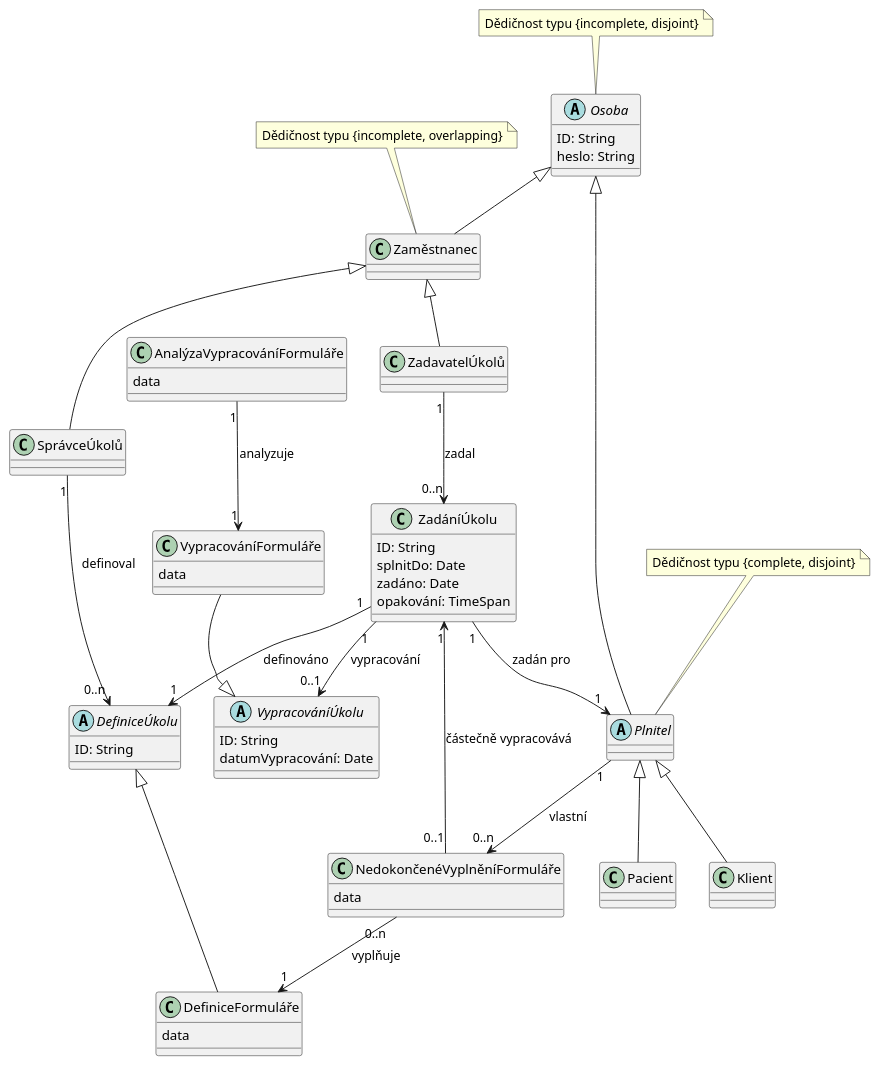
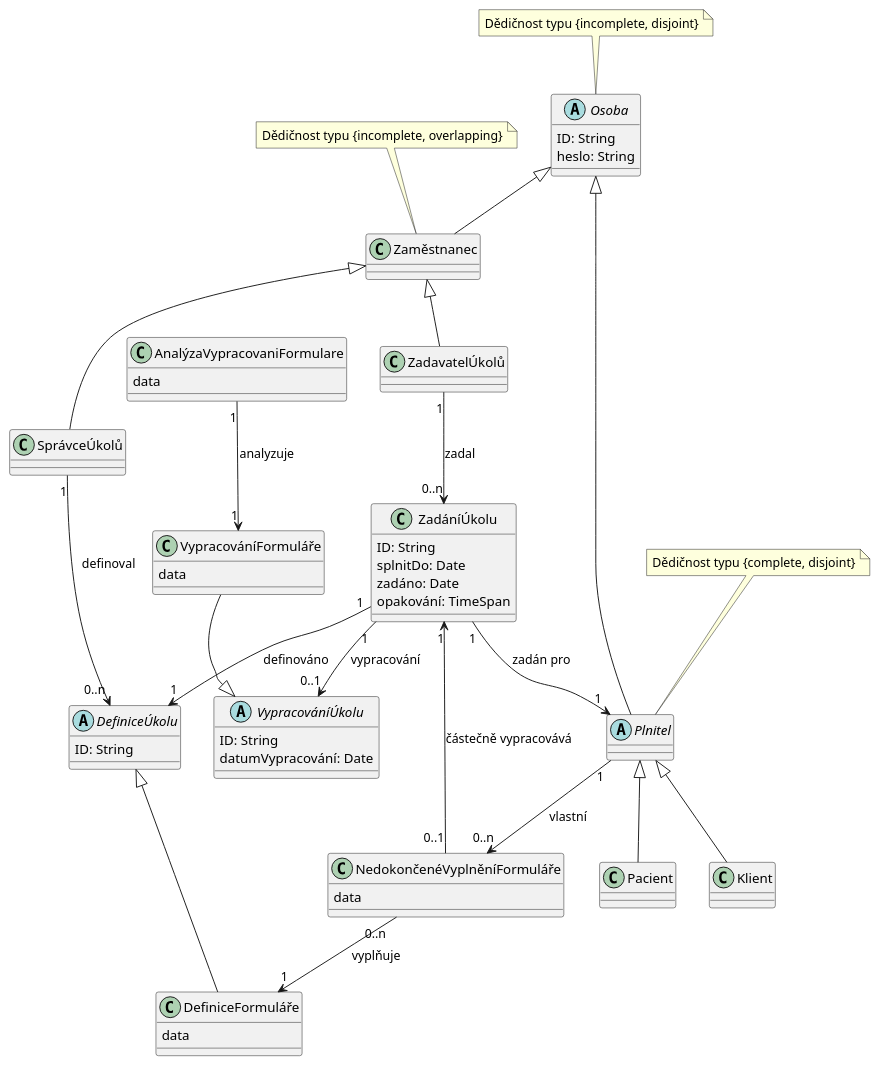
The diagram in src/diagrams/domainModel.puml (PatrikTrefil/bakalarska-prace), drawn with PlantUML before and after one commit.

Commit message:
fix pipeline

```diff
--- a/src/diagrams/domainModel.puml
+++ b/src/diagrams/domainModel.puml
@@ -1,85 +1,85 @@
 @startuml
 abstract class "Osoba" as Osoba {
     ID: String
     heslo: String
 }
 note top of Osoba
     Dědičnost typu {incomplete, disjoint}
 end note
 
 class "Zaměstnanec" as Zamestnanec {
 }
 
 Osoba <|-- Zamestnanec
 
 note top of Zamestnanec
     Dědičnost typu {incomplete, overlapping}
 end note
 
 class "SprávceÚkolů" as SpravceUkolu {
 }
 Zamestnanec <|-- SpravceUkolu
 SpravceUkolu "1" --> "0..n" DefiniceUkolu : definoval
 
 abstract class "Plnitel" as Plnitel {
 }
 Osoba <|-- Plnitel
 note top of Plnitel
     Dědičnost typu {complete, disjoint}
 end note
 
 class "Klient" as Klient {
 }
 Plnitel <|-- Klient
 
 class "Pacient" as Pacient {
 }
 Plnitel <|-- Pacient
 
 abstract class "DefiniceÚkolu" as DefiniceUkolu {
     ID: String
 }
 
 class "DefiniceFormuláře" as DefiniceFormulare {
     data
 }
 DefiniceUkolu <|-- DefiniceFormulare
 
 class "ZadáníÚkolu" as ZadaniUkolu {
     ID: String
     splnitDo: Date
     zadáno: Date
     opakování: TimeSpan
 }
 ZadaniUkolu "1" --> "1" DefiniceUkolu : definováno
 ZadaniUkolu "1" --> "1" Plnitel : zadán pro
 ZadaniUkolu "1" --> "0..1" VypracovaniUkolu : vypracování
 
 abstract class "VypracováníÚkolu" as VypracovaniUkolu {
     ID: String
     datumVypracování: Date
 }
 
-class "VypracováníFormuláře" as VypracováníFormuláře {
+class "VypracováníFormuláře" as VypracovaniFormulare {
     data
 }
-VypracováníFormuláře --|> VypracovaniUkolu
+VypracovaniFormulare --|> VypracovaniUkolu
 
 class "ZadavatelÚkolů" as ZadavatelUkolu {
 }
 Zamestnanec <|-- ZadavatelUkolu
 ZadavatelUkolu "1" --> "0..n" ZadaniUkolu : zadal
 
-class "AnalýzaVypracováníFormuláře" as AnalýzaVypracováníFormuláře {
+class "AnalýzaVypracovaniFormulare" as AnalyzaVypracovaniFormulare {
     data
 }
-AnalýzaVypracováníFormuláře "1" --> "1" VypracováníFormuláře : analyzuje
+AnalyzaVypracovaniFormulare "1" --> "1" VypracovaniFormulare : analyzuje
 
 class "NedokončenéVyplněníFormuláře" as NedokonceneVyplneniFormulare {
     data
 }
 NedokonceneVyplneniFormulare "0..n" --> "1" DefiniceFormulare : vyplňuje
 Plnitel "1" --> "0..n" NedokonceneVyplneniFormulare : vlastní
 NedokonceneVyplneniFormulare "0..1" --> "1" ZadaniUkolu : částečně vypracovává
 
 @enduml
```
